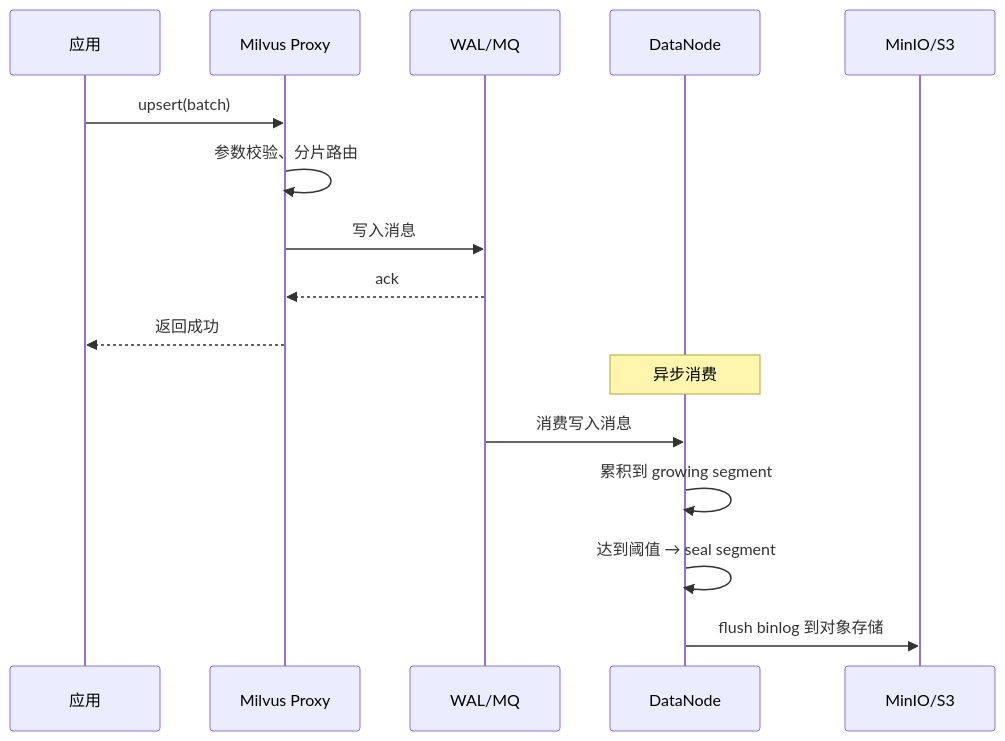
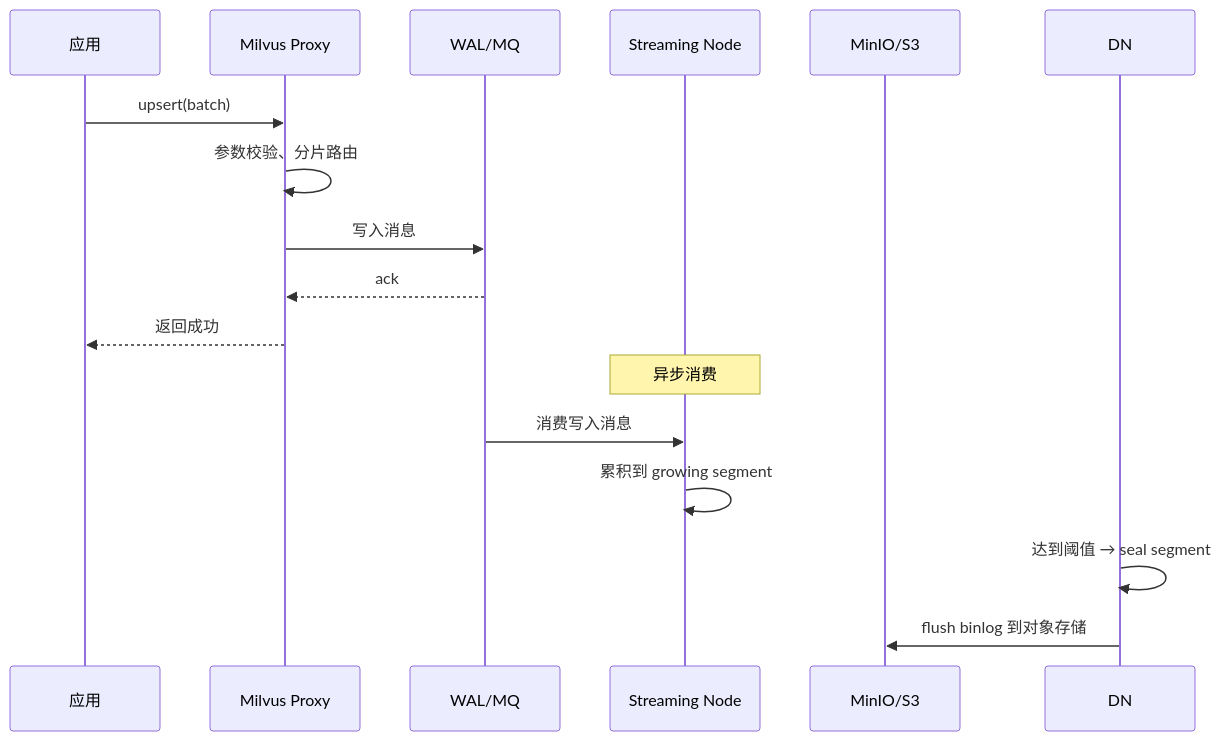
The first of 2 diagrams in milvus-master-course/docs/16-批量写入优化.md (yuanmomoya/milvus), drawn with Mermaid before and after one commit. The commit also changed other lines of this file and 341 other files, not shown here.

````diff
--- a/milvus-master-course/docs/16-批量写入优化.md
+++ b/milvus-master-course/docs/16-批量写入优化.md
@@ -17,19 +17,19 @@
 ```mermaid
 sequenceDiagram
     participant App as 应用
     participant Proxy as Milvus Proxy
     participant WAL as WAL/MQ
-    participant DN as DataNode
+    participant SN as Streaming Node
     participant S3 as MinIO/S3
 
     App->>Proxy: upsert(batch)
     Proxy->>Proxy: 参数校验、分片路由
     Proxy->>WAL: 写入消息
     WAL-->>Proxy: ack
     Proxy-->>App: 返回成功
-    Note over DN: 异步消费
-    WAL->>DN: 消费写入消息
-    DN->>DN: 累积到 growing segment
+    Note over SN: 异步消费
+    WAL->>SN: 消费写入消息
+    SN->>SN: 累积到 growing segment
     DN->>DN: 达到阈值 → seal segment
     DN->>S3: flush binlog 到对象存储
 ```
````
